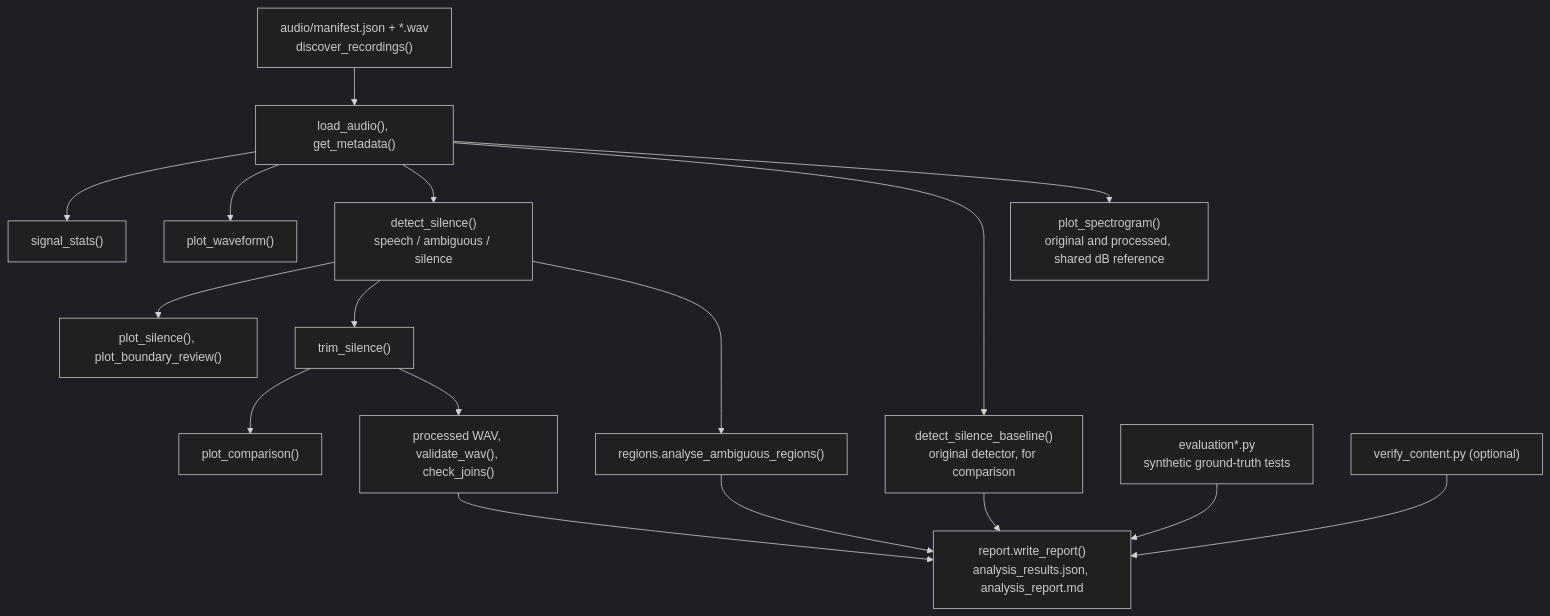
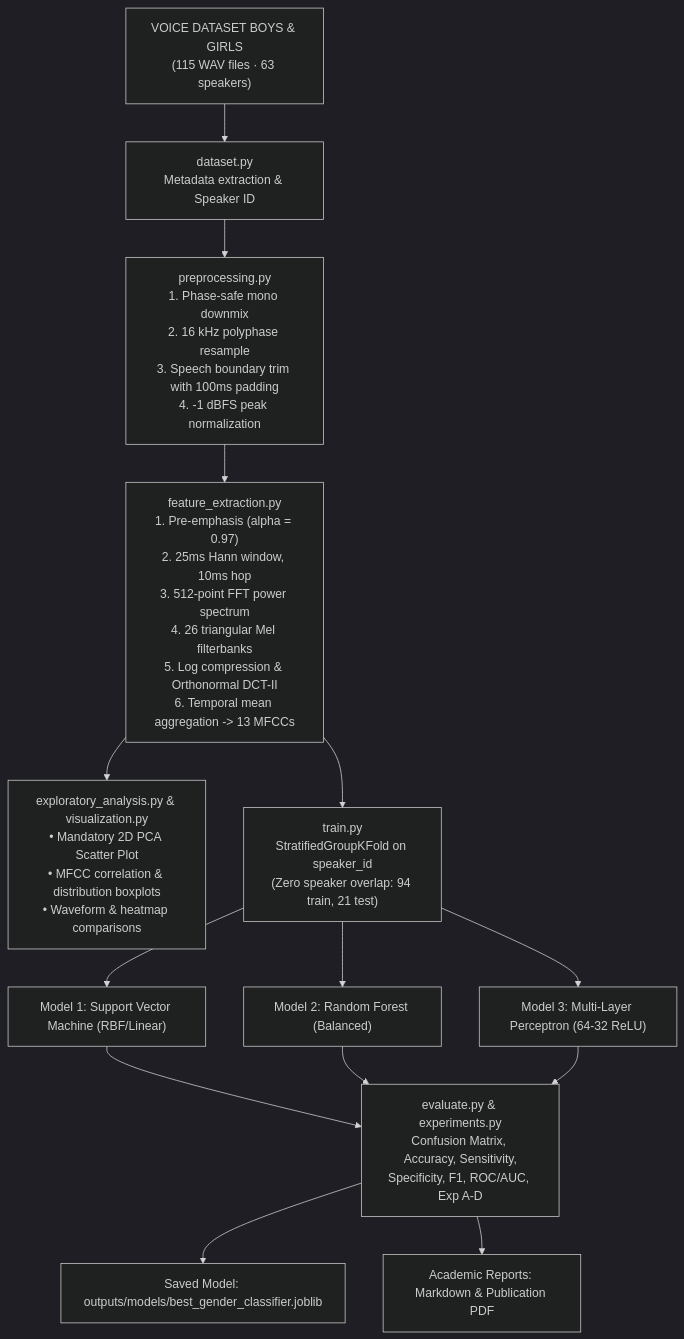
The diagram in README.md (Naman21036/voice-signal-analysis), drawn with Mermaid (dark theme) before and after one commit. The commit also changed other lines of this file and 341 other files, not shown here.

````diff
--- a/README.md
+++ b/README.md
@@ -49,19 +105,16 @@
 ```mermaid
 flowchart TD
-    A["audio/manifest.json + *.wav<br/>discover_recordings()"] --> B["load_audio(), get_metadata()"]
-    B --> C["signal_stats()"]
-    B --> D["plot_waveform()"]
-    B --> E["detect_silence()<br/>speech / ambiguous / silence"]
-    B --> E0["detect_silence_baseline()<br/>original detector, for comparison"]
-    E --> F["plot_silence(), plot_boundary_review()"]
-    E --> G["trim_silence()"]
-    E --> R["regions.analyse_ambiguous_regions()"]
-    G --> H["plot_comparison()"]
-    G --> I["processed WAV, validate_wav(), check_joins()"]
-    B --> J["plot_spectrogram()<br/>original and processed, shared dB reference"]
-    X["evaluation*.py<br/>synthetic ground-truth tests"] --> L
-    V["verify_content.py (optional)"] --> L
-    E0 --> L
-    R --> L
-    I --> L["report.write_report()<br/>analysis_results.json, analysis_report.md"]
+    A["VOICE DATASET BOYS & GIRLS<br/>(115 WAV files · 63 speakers)"] --> B["dataset.py<br/>Metadata extraction & Speaker ID"]
+    B --> C["preprocessing.py<br/>1. Phase-safe mono downmix<br/>2. 16 kHz polyphase resample<br/>3. Speech boundary trim with 100ms padding<br/>4. -1 dBFS peak normalization"]
+    C --> D["feature_extraction.py<br/>1. Pre-emphasis (alpha = 0.97)<br/>2. 25ms Hann window, 10ms hop<br/>3. 512-point FFT power spectrum<br/>4. 26 triangular Mel filterbanks<br/>5. Log compression & Orthonormal DCT-II<br/>6. Temporal mean aggregation -> 13 MFCCs"]
+    D --> E["exploratory_analysis.py & visualization.py<br/>• Mandatory 2D PCA Scatter Plot<br/>• MFCC correlation & distribution boxplots<br/>• Waveform & heatmap comparisons"]
+    D --> F["train.py<br/>StratifiedGroupKFold on speaker_id<br/>(Zero speaker overlap: 94 train, 21 test)"]
+    F --> G["Model 1: Support Vector Machine (RBF/Linear)"]
+    F --> H["Model 2: Random Forest (Balanced)"]
+    F --> I["Model 3: Multi-Layer Perceptron (64-32 ReLU)"]
+    G --> J["evaluate.py & experiments.py<br/>Confusion Matrix, Accuracy, Sensitivity,<br/>Specificity, F1, ROC/AUC, Exp A-D"]
+    H --> J
+    I --> J
+    J --> K["Saved Model: outputs/models/best_gender_classifier.joblib"]
+    J --> L["Academic Reports: Markdown & Publication PDF"]
 ```
````
